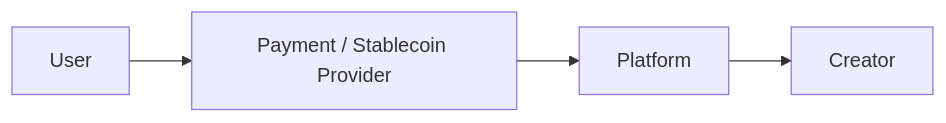
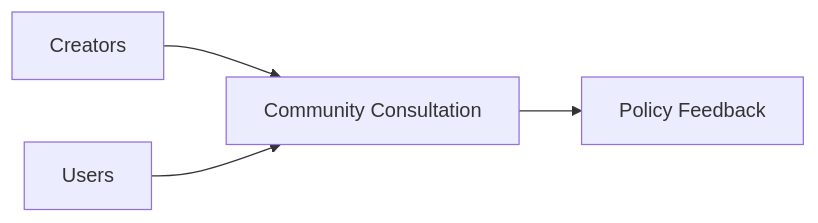
One commit to ShigeichiroYamasaki/creator-first-platform changed diagram 14 of 46 in docs/whitepaper/13-roadmap.md. Above: the diagram before and after it, drawn with Mermaid. The commit also changed other lines of this file, not shown here.

````diff
--- a/docs/whitepaper/13-roadmap.md
+++ b/docs/whitepaper/13-roadmap.md
@@ -451,9 +446,11 @@
 ```mermaid
 flowchart LR
-    USER[User]
-    PSP[Payment / Stablecoin Provider]
-    PLATFORM[Platform]
-    CREATOR[Creator]
+    CREATORS[Creators]
+    USERS[Users]
+    CONSULT[Community Consultation]
+    POLICY[Policy Feedback]
 
-    USER --> PSP --> PLATFORM --> CREATOR
+    CREATORS --> CONSULT
+    USERS --> CONSULT
+    CONSULT --> POLICY
 ```
````
